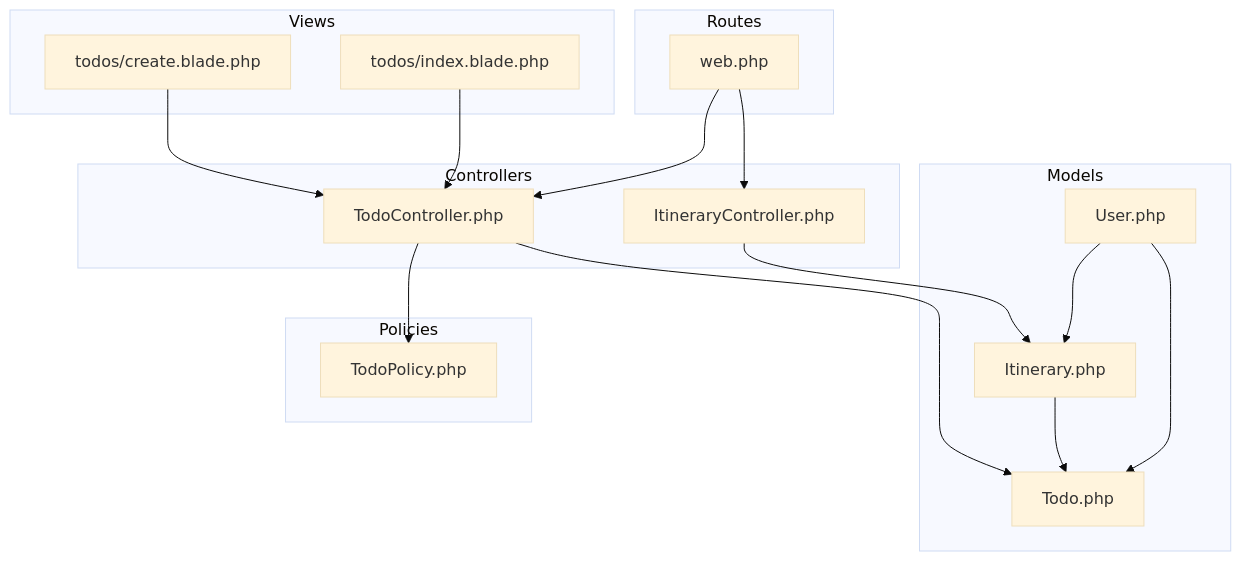
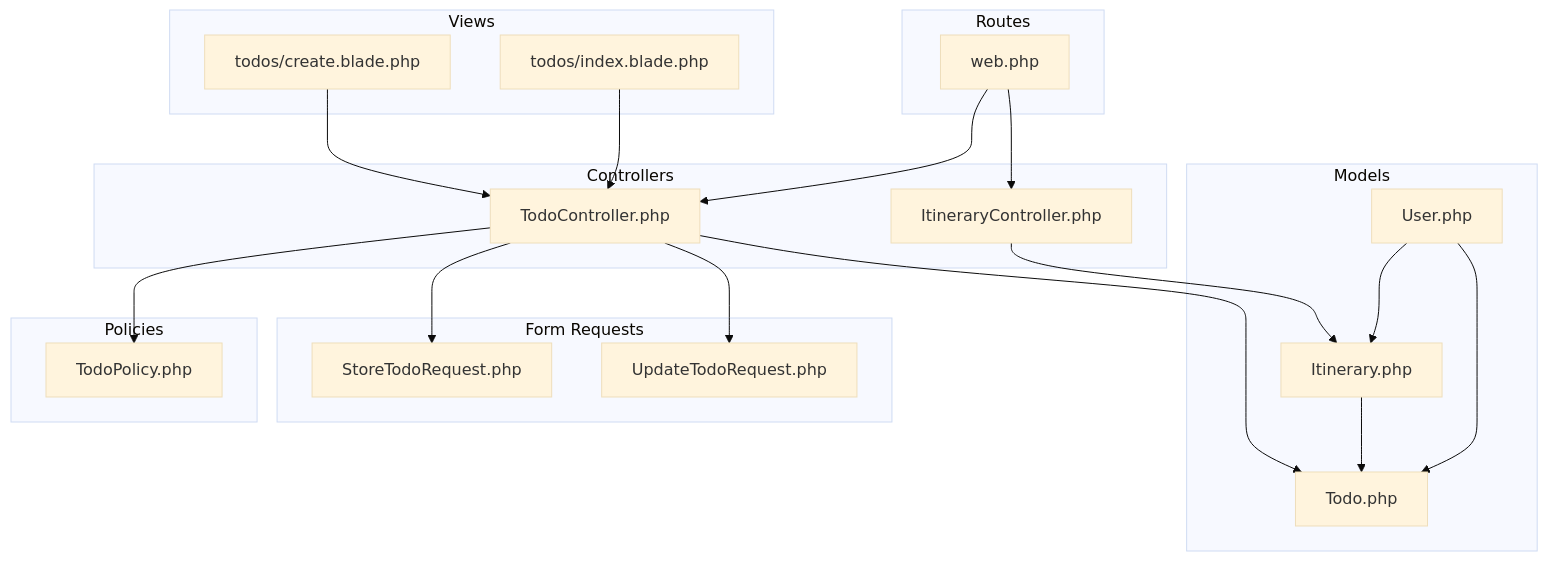
The first of 9 diagrams in .qoder/repowiki/en/content/To-Do List Management.md (VenokM05/Travel_Project), drawn with Mermaid (base theme) before and after one commit. The commit also changed other lines of this file and 12 other files, not shown here.

````diff
--- a/.qoder/repowiki/en/content/To-Do List Management.md
+++ b/.qoder/repowiki/en/content/To-Do List Management.md
@@ -42,32 +55,38 @@
 ```mermaid
 graph TB
 subgraph "Models"
 U["User.php"]
 T["Todo.php"]
 I["Itinerary.php"]
 end
 subgraph "Controllers"
 TC["TodoController.php"]
 IC["ItineraryController.php"]
+end
+subgraph "Form Requests"
+STR["StoreTodoRequest.php"]
+UR["UpdateTodoRequest.php"]
 end
 subgraph "Policies"
 TP["TodoPolicy.php"]
 end
 subgraph "Routes"
 R["web.php"]
 end
 subgraph "Views"
 VI["todos/index.blade.php"]
 VC["todos/create.blade.php"]
 end
 U --> T
 U --> I
 I --> T
 TC --> T
+TC --> STR
+TC --> UR
 TC --> TP
 IC --> I
 R --> TC
 R --> IC
 VI --> TC
 VC --> TC
 ```
````
